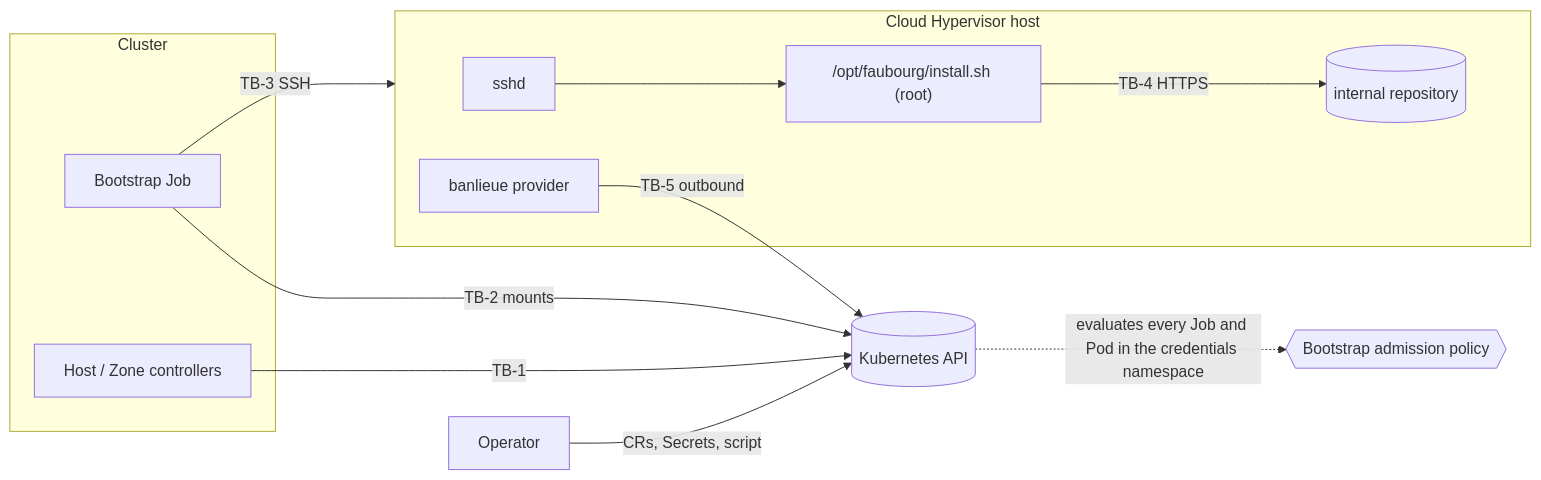
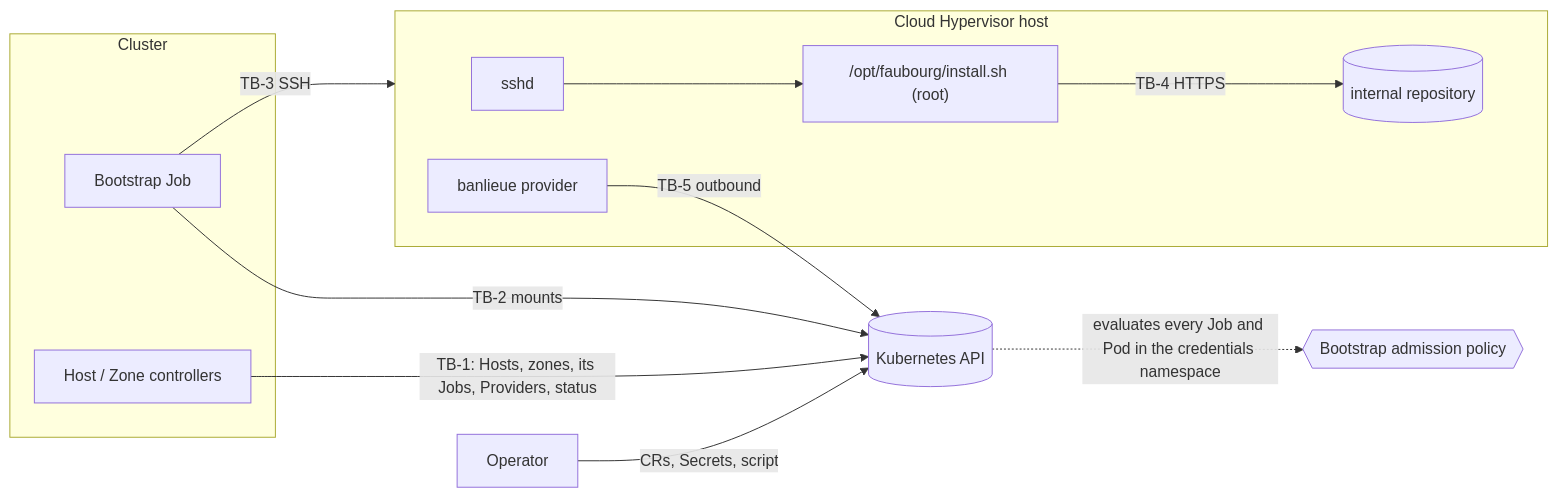
Before and after one commit to firestoned/faubourg: the diagram in docs/security/threat-model.md, drawn with Mermaid. The commit also changed other lines of this file and 35 other files, not shown here.

First line of the commit message:
feat(controller): the Host reconciler (ADR-0009, roadmap 01) (#5)

````diff
--- a/docs/security/threat-model.md
+++ b/docs/security/threat-model.md
@@ -73,18 +79,18 @@
 ```mermaid
 flowchart LR
     op[Operator] -->|CRs, Secrets, script| kube[(Kubernetes API)]
     subgraph cluster [Cluster]
         ctl[Host / Zone controllers]
         job[Bootstrap Job]
     end
     kube -.->|evaluates every Job and Pod in the credentials namespace| vap{{Bootstrap admission policy}}
-    ctl -->|TB-1| kube
+    ctl -->|TB-1: Hosts, zones, its Jobs, Providers, status| kube
     job -->|TB-2 mounts| kube
     job -->|TB-3 SSH| host
     subgraph host [Cloud Hypervisor host]
         sshd[sshd] --> script["/opt/faubourg/install.sh (root)"]
         script -->|TB-4 HTTPS| repo[(internal repository)]
         prov[banlieue provider]
     end
     prov -->|TB-5 outbound| kube
 ```
````
